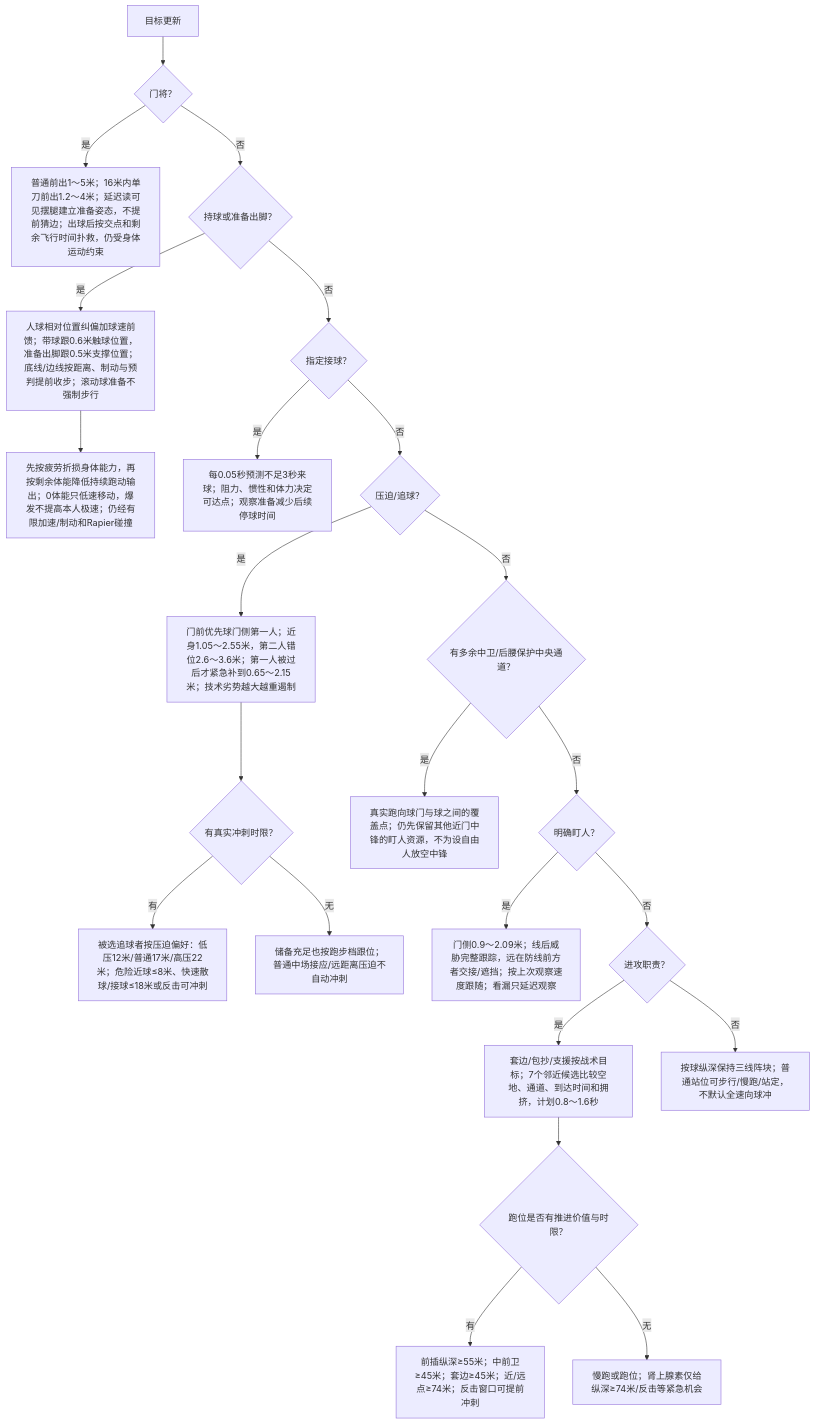
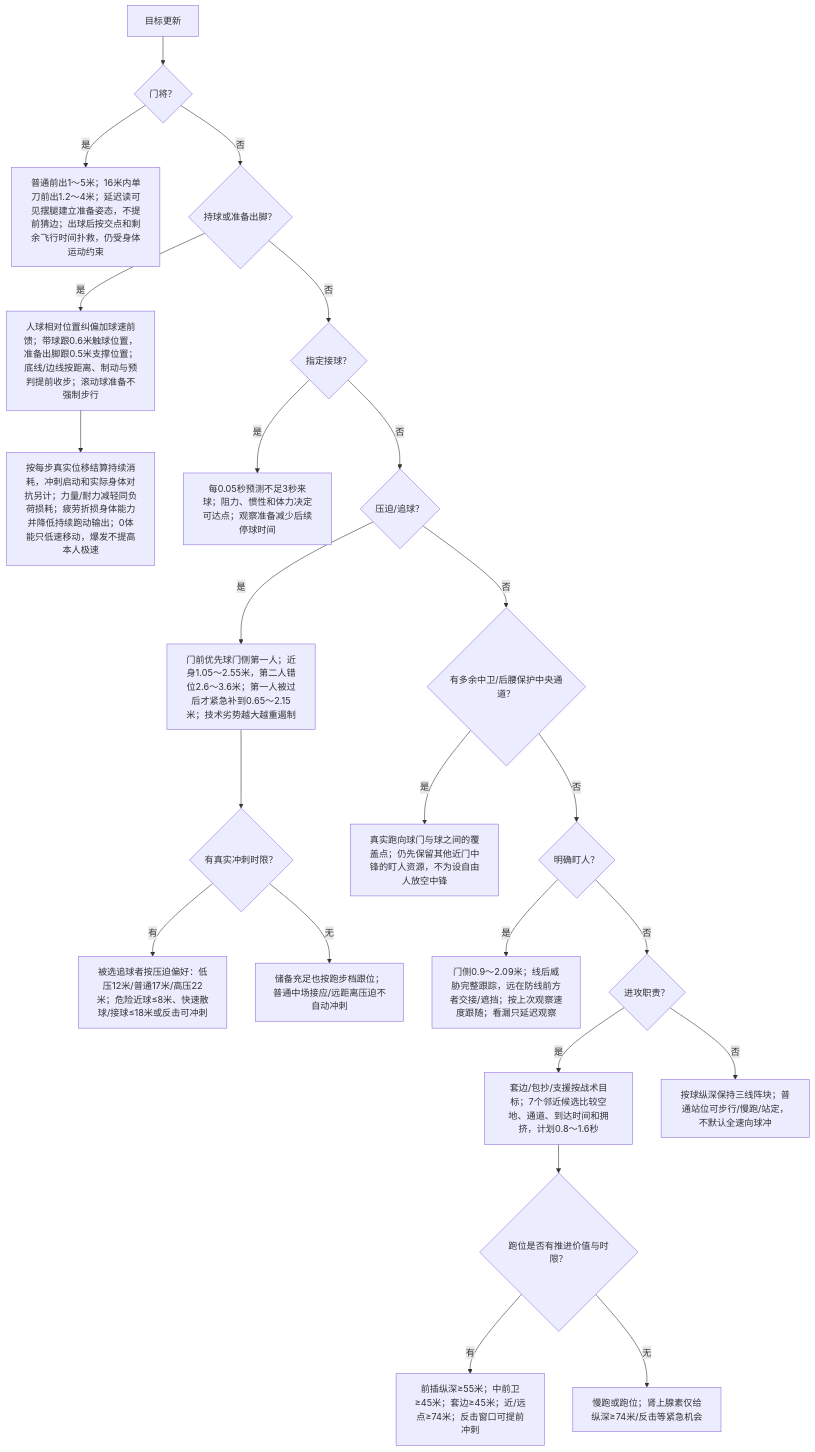
One commit to sixu3575/touchline-manager changed the third of 7 diagrams in packages/shared/modules/matches/design/PLAYER_DECISION_MAP.md. Above: the diagram before and after it, drawn with Mermaid. The commit also changed other lines of this file and 18 other files, not shown here.

````diff
--- a/packages/shared/modules/matches/design/PLAYER_DECISION_MAP.md
+++ b/packages/shared/modules/matches/design/PLAYER_DECISION_MAP.md
@@ -84,25 +84,25 @@
 ```mermaid
 flowchart TD
   P0["目标更新"] --> P1{"门将？"}
   P1 -->|是| PK["普通前出1～5米；16米内单刀前出1.2～4米；延迟读可见摆腿建立准备姿态，不提前猜边；出球后按交点和剩余飞行时间扑救，仍受身体运动约束"]
   P1 -->|否| P2{"持球或准备出脚？"}
   P2 -->|是| PM["人球相对位置纠偏加球速前馈；带球跟0.6米触球位置，准备出脚跟0.5米支撑位置；底线/边线按距离、制动与预判提前收步；滚动球准备不强制步行"]
-  PM --> PA["先按疲劳折损身体能力，再按剩余体能降低持续跑动输出；0体能只低速移动，爆发不提高本人极速；仍经有限加速/制动和Rapier碰撞"]
+  PM --> PA["按每步真实位移结算持续消耗，冲刺启动和实际身体对抗另计；力量/耐力减轻同负荷损耗；疲劳折损身体能力并降低持续跑动输出；0体能只低速移动，爆发不提高本人极速"]
   P2 -->|否| P3{"指定接球？"}
   P3 -->|是| PR["每0.05秒预测不足3秒来球；阻力、惯性和体力决定可达点；观察准备减少后续停球时间"]
   P3 -->|否| P4{"压迫/追球？"}
   P4 -->|是| PP["门前优先球门侧第一人；近身1.05～2.55米，第二人错位2.6～3.6米；第一人被过后才紧急补到0.65～2.15米；技术劣势越大越重遏制"]
   PP --> PX{"有真实冲刺时限？"}
   PX -->|有| PB["被选追球者按压迫偏好：低压12米/普通17米/高压22米；危险近球≤8米、快速散球/接球≤18米或反击可冲刺"]
   PX -->|无| PJ["储备充足也按跑步档跟位；普通中场接应/远距离压迫不自动冲刺"]
   P4 -->|否| PC{"有多余中卫/后腰保护中央通道？"}
   PC -->|是| PG["真实跑向球门与球之间的覆盖点；仍先保留其他近门中锋的盯人资源，不为设自由人放空中锋"]
   PC -->|否| P5{"明确盯人？"}
   P5 -->|是| PD["门侧0.9～2.09米；线后威胁完整跟踪，远在防线前方者交接/遮挡；按上次观察速度跟随；看漏只延迟观察"]
   P5 -->|否| P6{"进攻职责？"}
   P6 -->|是| PS["套边/包抄/支援按战术目标；7个邻近候选比较空地、通道、到达时间和拥挤，计划0.8～1.6秒"]
   PS --> PX2{"跑位是否有推进价值与时限？"}
   PX2 -->|有| PB2["前插纵深≥55米；中前卫≥45米；套边≥45米；近/远点≥74米；反击窗口可提前冲刺"]
   PX2 -->|无| PJ2["慢跑或跑位；肾上腺素仅给纵深≥74米/反击等紧急机会"]
   P6 -->|否| PO["按球纵深保持三线阵块；普通站位可步行/慢跑/站定，不默认全速向球冲"]
 ```
````
